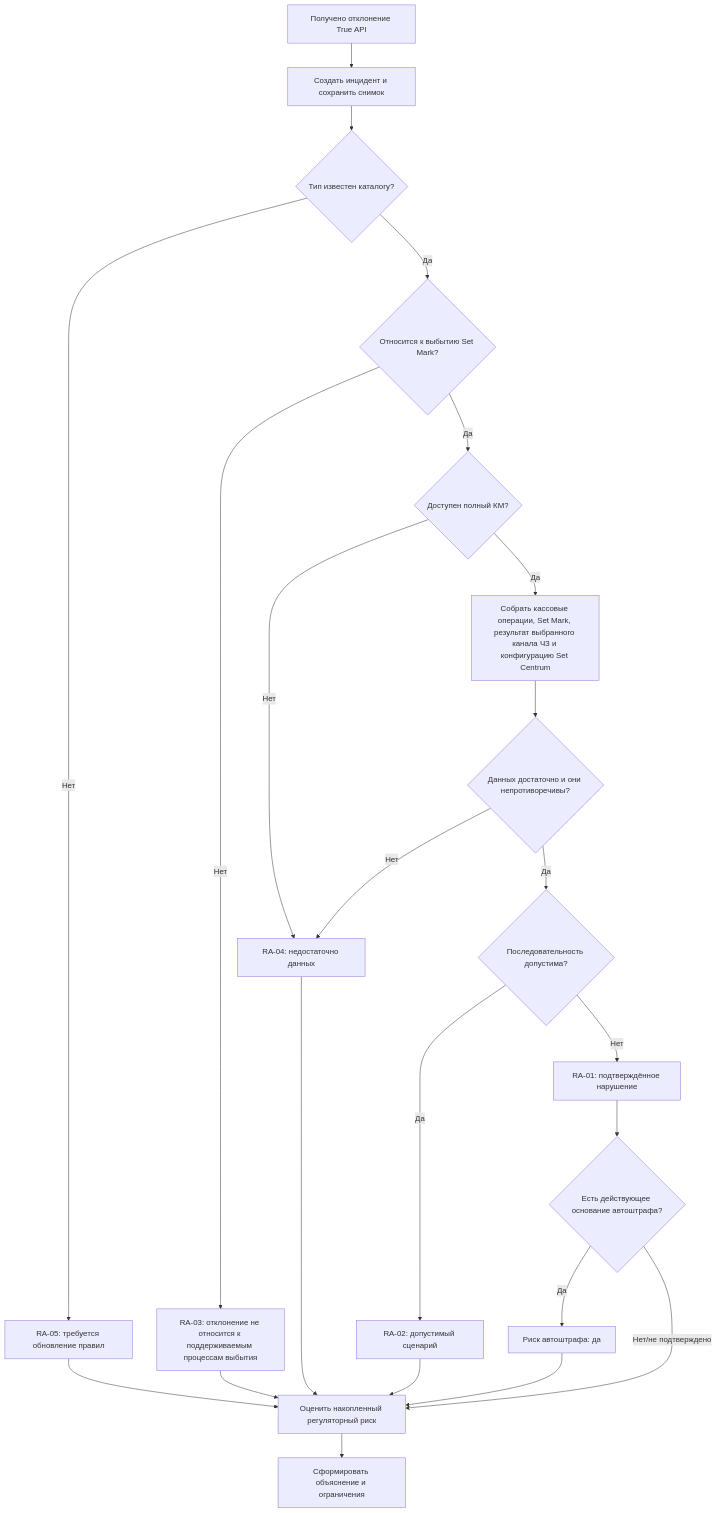
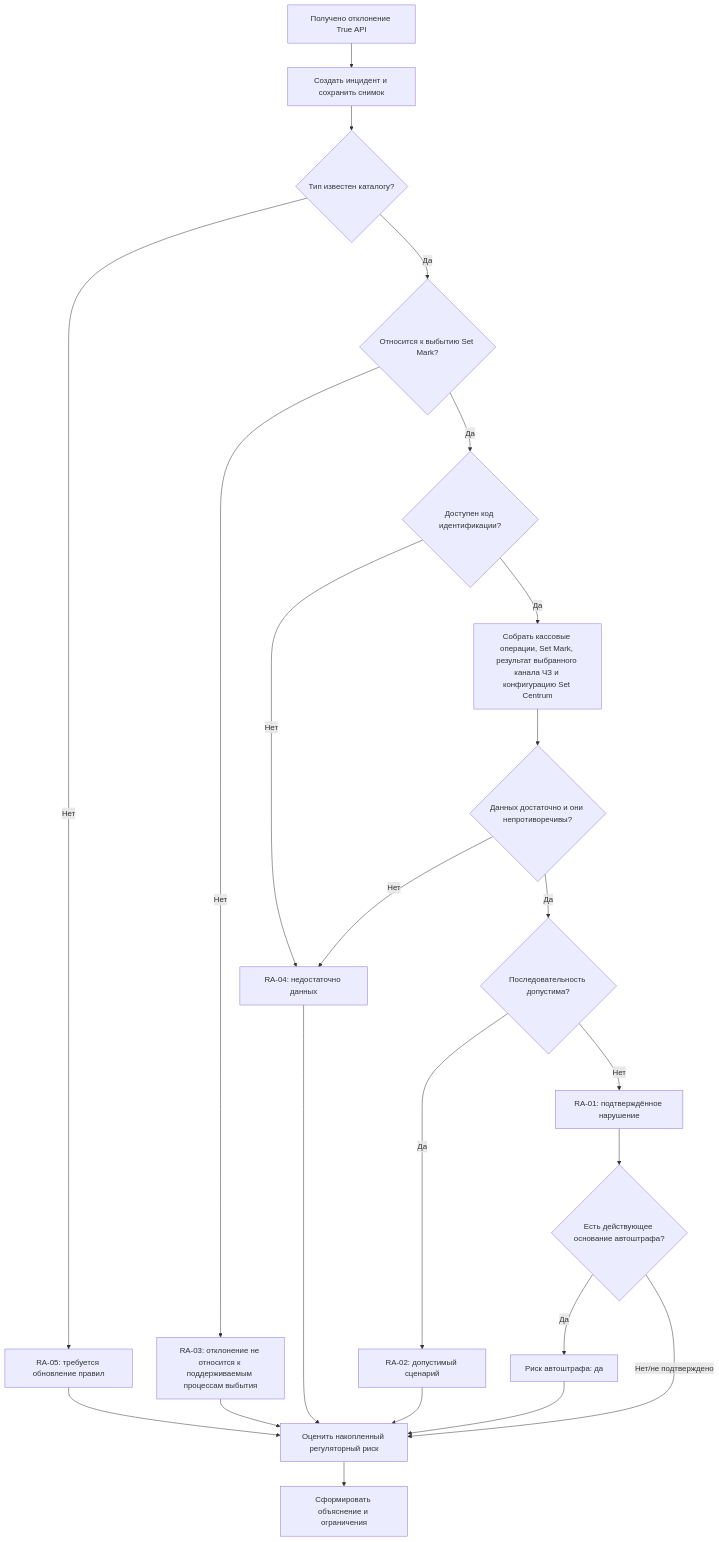
The diagram in docs/product-definition/decision-model-v0.1.md (onufriev/setmark-report-module), drawn with Mermaid before and after one commit. The commit also changed other lines of this file, not shown here.

````diff
--- a/docs/product-definition/decision-model-v0.1.md
+++ b/docs/product-definition/decision-model-v0.1.md
@@ -41,25 +41,25 @@
 ```mermaid
 flowchart TD
     A["Получено отклонение True API"] --> B["Создать инцидент и сохранить снимок"]
     B --> C{"Тип известен каталогу?"}
     C -- "Нет" --> U["RA-05: требуется обновление правил"]
     C -- "Да" --> D{"Относится к выбытию Set Mark?"}
     D -- "Нет" --> O["RA-03: отклонение не относится к поддерживаемым процессам выбытия"]
-    D -- "Да" --> K{"Доступен полный КМ?"}
+    D -- "Да" --> K{"Доступен код идентификации?"}
     K -- "Нет" --> N["RA-04: недостаточно данных"]
     K -- "Да" --> G["Собрать кассовые операции, Set Mark, результат выбранного канала ЧЗ и конфигурацию Set Centrum"]
     G --> H{"Данных достаточно и они непротиворечивы?"}
     H -- "Нет" --> N
     H -- "Да" --> S{"Последовательность допустима?"}
     S -- "Да" --> P["RA-02: допустимый сценарий"]
     S -- "Нет" --> V["RA-01: подтверждённое нарушение"]
     V --> F{"Есть действующее основание автоштрафа?"}
     F -- "Да" --> CF["Риск автоштрафа: да"]
     F -- "Нет/не подтверждено" --> CR["Оценить накопленный регуляторный риск"]
     P --> CR
     O --> CR
     N --> CR
     U --> CR
     CF --> CR
     CR --> X["Сформировать объяснение и ограничения"]
 ```
````
